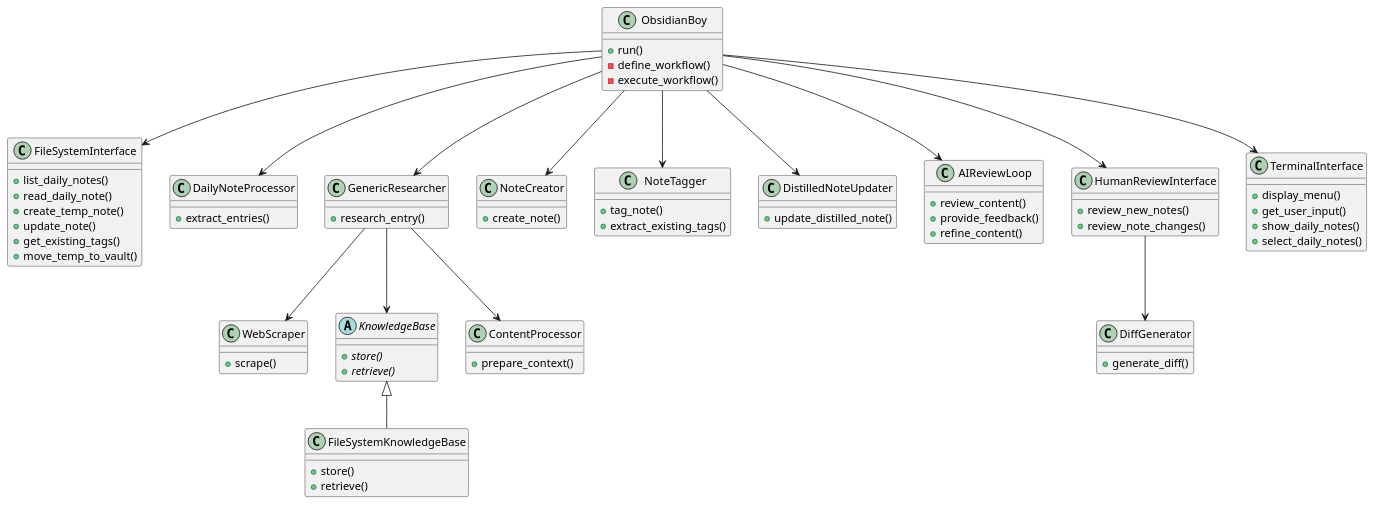
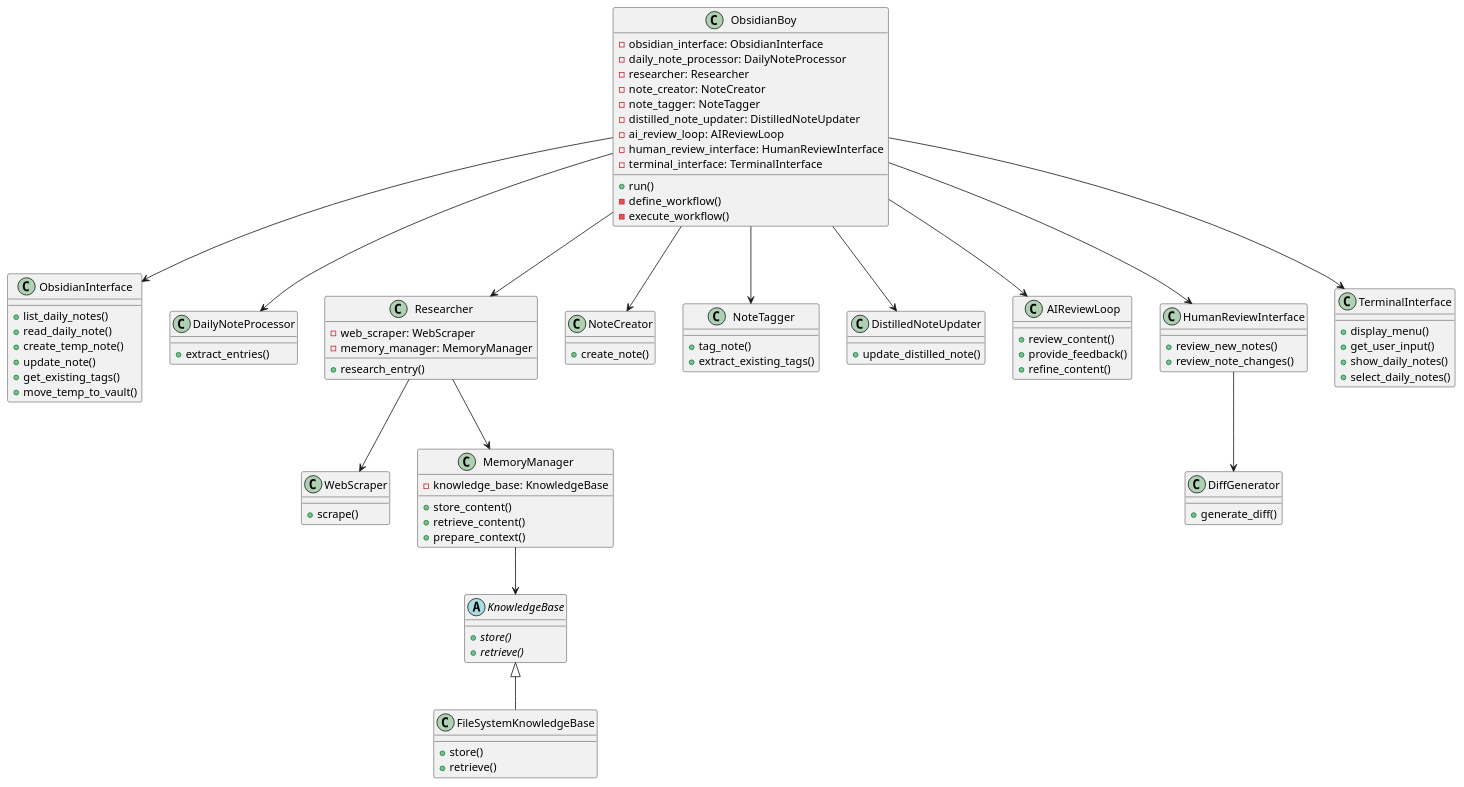
One commit to olafgeibig/obsidian-boy changed the diagram in docs/project.md. Above: the diagram before and after it, drawn with PlantUML. The commit also changed other lines of this file and 7 other files, not shown here.

Commit message:
Refactor ObsidianBoy architecture to replace FileSystemInterface with ObsidianInterface and update related classes and documentation.

````diff
--- a/docs/project.md
+++ b/docs/project.md
@@ -27,11 +27,20 @@
 ```plantuml
 @startuml
 class ObsidianBoy {
+  -obsidian_interface: ObsidianInterface
+  -daily_note_processor: DailyNoteProcessor
+  -researcher: Researcher
+  -note_creator: NoteCreator
+  -note_tagger: NoteTagger
+  -distilled_note_updater: DistilledNoteUpdater
+  -ai_review_loop: AIReviewLoop
+  -human_review_interface: HumanReviewInterface
+  -terminal_interface: TerminalInterface
   +run()
   -define_workflow()
   -execute_workflow()
 }
-class FileSystemInterface {
+class ObsidianInterface {
   +list_daily_notes()
   +read_daily_note()
   +create_temp_note()
@@ -42,7 +51,9 @@
 class DailyNoteProcessor {
   +extract_entries()
 }
-class GenericResearcher {
+class Researcher {
+  -web_scraper: WebScraper
+  -memory_manager: MemoryManager
   +research_entry()
 }
 class WebScraper {
@@ -56,7 +67,10 @@
   +store()
   +retrieve()
 }
-class ContentProcessor {
+class MemoryManager {
+  -knowledge_base: KnowledgeBase
+  +store_content()
+  +retrieve_content()
   +prepare_context()
 }
 class NoteCreator {
@@ -88,19 +102,19 @@
   +select_daily_notes()
 }
 
-ObsidianBoy --> FileSystemInterface
+ObsidianBoy --> ObsidianInterface
 ObsidianBoy --> DailyNoteProcessor
-ObsidianBoy --> GenericResearcher
-GenericResearcher --> WebScraper
-GenericResearcher --> KnowledgeBase
-KnowledgeBase <|-- FileSystemKnowledgeBase
-GenericResearcher --> ContentProcessor
+ObsidianBoy --> Researcher
 ObsidianBoy --> NoteCreator
 ObsidianBoy --> NoteTagger
 ObsidianBoy --> DistilledNoteUpdater
 ObsidianBoy --> AIReviewLoop
 ObsidianBoy --> HumanReviewInterface
 ObsidianBoy --> TerminalInterface
+Researcher --> WebScraper
+Researcher --> MemoryManager
+MemoryManager --> KnowledgeBase
+KnowledgeBase <|-- FileSystemKnowledgeBase
 HumanReviewInterface --> DiffGenerator
 @enduml
 ```
````
